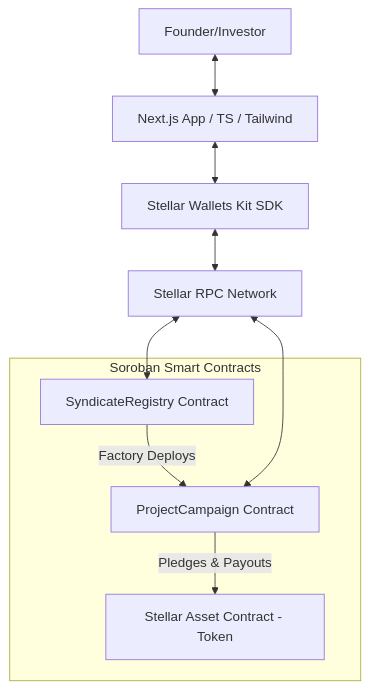
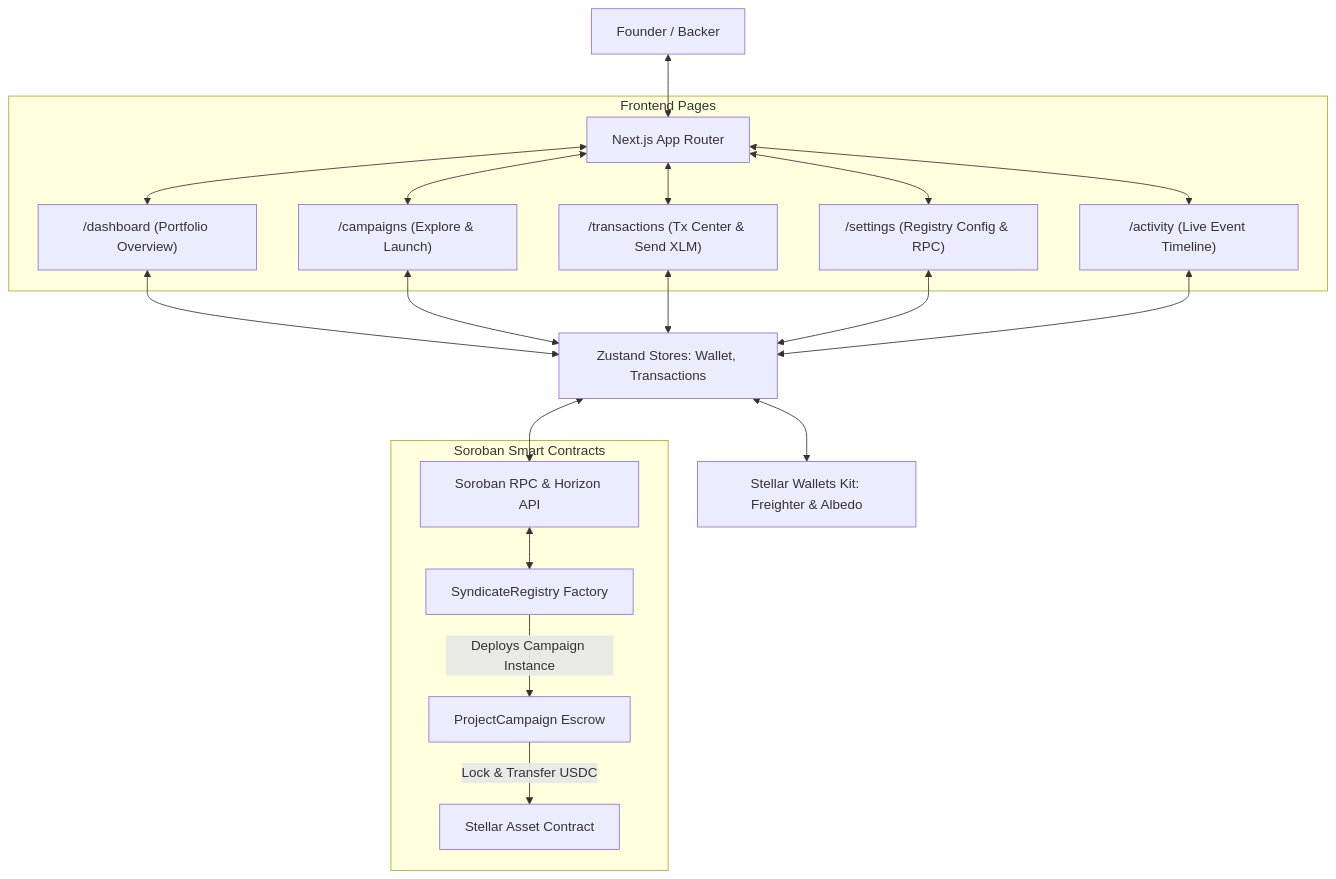
Before and after one commit to mrdd-coder/Seed-Chain: the first of 3 diagrams in README.md, drawn with Mermaid. The commit also changed other lines of this file, not shown here.

Commit message:
docs: upgrade technical architecture and component flow section with state diagrams

````diff
--- a/README.md
+++ b/README.md
@@ -133,14 +136,22 @@
 ```mermaid
 graph TD
-    User[Founder/Investor] <--> Frontend[Next.js App / TS / Tailwind]
-    Frontend <--> StellarWalletsKit[Stellar Wallets Kit SDK]
-    StellarWalletsKit <--> RPC[Stellar RPC Network]
+    User[Founder / Backer] <--> Routing[Next.js App Router]
+    
+    subgraph Frontend Pages
+        Routing <--> PageDash["/dashboard (Portfolio Overview)"]
+        Routing <--> PageCamp["/campaigns (Explore & Launch)"]
+        Routing <--> PageTx["/transactions (Tx Center & Send XLM)"]
+        Routing <--> PageSet["/settings (Registry Config & RPC)"]
+        Routing <--> PageAct["/activity (Live Event Timeline)"]
+    end
+    
+    PageDash & PageCamp & PageTx & PageSet & PageAct <--> Stores[Zustand Stores: Wallet, Transactions]
+    Stores <--> Kit[Stellar Wallets Kit: Freighter & Albedo]
+    Stores <--> Client[Soroban RPC & Horizon API]
     
     subgraph Soroban Smart Contracts
-        Registry[SyndicateRegistry Contract] -- Factory Deploys --> Campaign[ProjectCampaign Contract]
-        Campaign -- Pledges & Payouts --> SAC[Stellar Asset Contract - Token]
+        Client <--> Registry[SyndicateRegistry Factory]
+        Registry -- Deploys Campaign Instance --> Campaign[ProjectCampaign Escrow]
+        Campaign -- Lock & Transfer USDC --> SAC[Stellar Asset Contract]
     end
-    
-    RPC <--> Registry
-    RPC <--> Campaign
 ```
````
